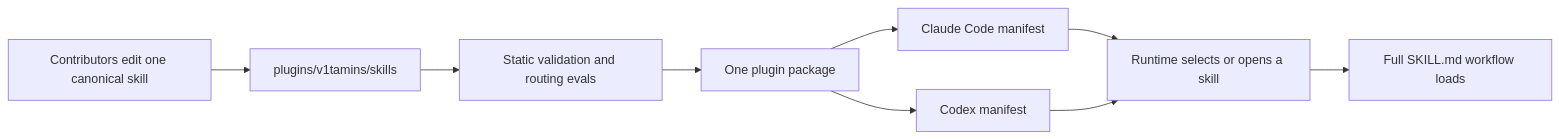
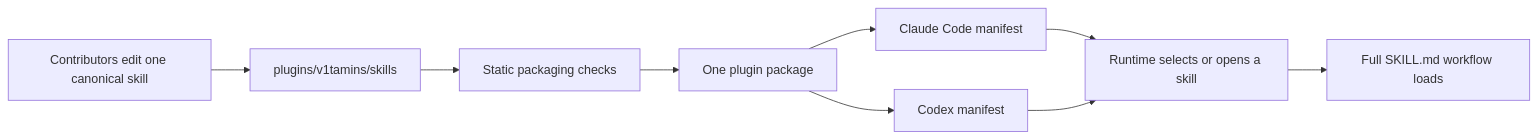
One commit to v1-io/v1tamins changed the diagram in README.md. Above: the diagram before and after it, drawn with Mermaid. The commit also changed other lines of this file and 47 other files, not shown here.

````diff
--- a/README.md
+++ b/README.md
@@ -112,11 +112,11 @@
 ```mermaid
 flowchart LR
   Author[Contributors edit one canonical skill] --> Source[plugins/v1tamins/skills]
-  Source --> Validate[Static validation and routing evals]
+  Source --> Validate[Static packaging checks]
   Validate --> Package[One plugin package]
   Package --> Claude[Claude Code manifest]
   Package --> Codex[Codex manifest]
   Claude --> Select[Runtime selects or opens a skill]
   Codex --> Select
   Select --> Body[Full SKILL.md workflow loads]
 ```
````
